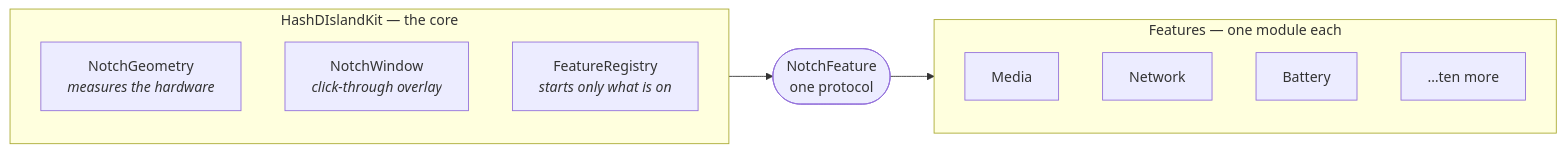
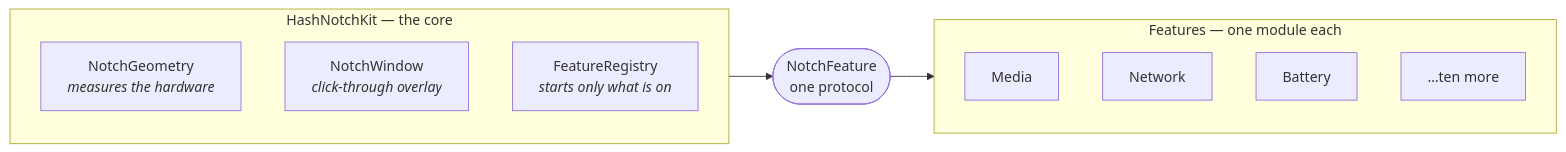
The diagram in README.md (Hash-7777/HashNotch), drawn with Mermaid before and after one commit. The commit also changed other lines of this file and 95 other files, not shown here.

First line of the commit message:
Rename the app back to HashNotch, everywhere it says its own name

````diff
--- a/README.md
+++ b/README.md
@@ -216,18 +216,18 @@
 ```mermaid
 flowchart LR
-    subgraph core["HashDIslandKit — the core"]
+    subgraph core["HashNotchKit — the core"]
         direction TB
         G["NotchGeometry<br/><i>measures the hardware</i>"]
         W["NotchWindow<br/><i>click-through overlay</i>"]
         R["FeatureRegistry<br/><i>starts only what is on</i>"]
     end
     P(["NotchFeature<br/>one protocol"])
     subgraph feat["Features — one module each"]
         direction TB
         M["Media"]
         N["Network"]
         B["Battery"]
         E["…ten more"]
     end
     core --> P --> feat
 ```
````
